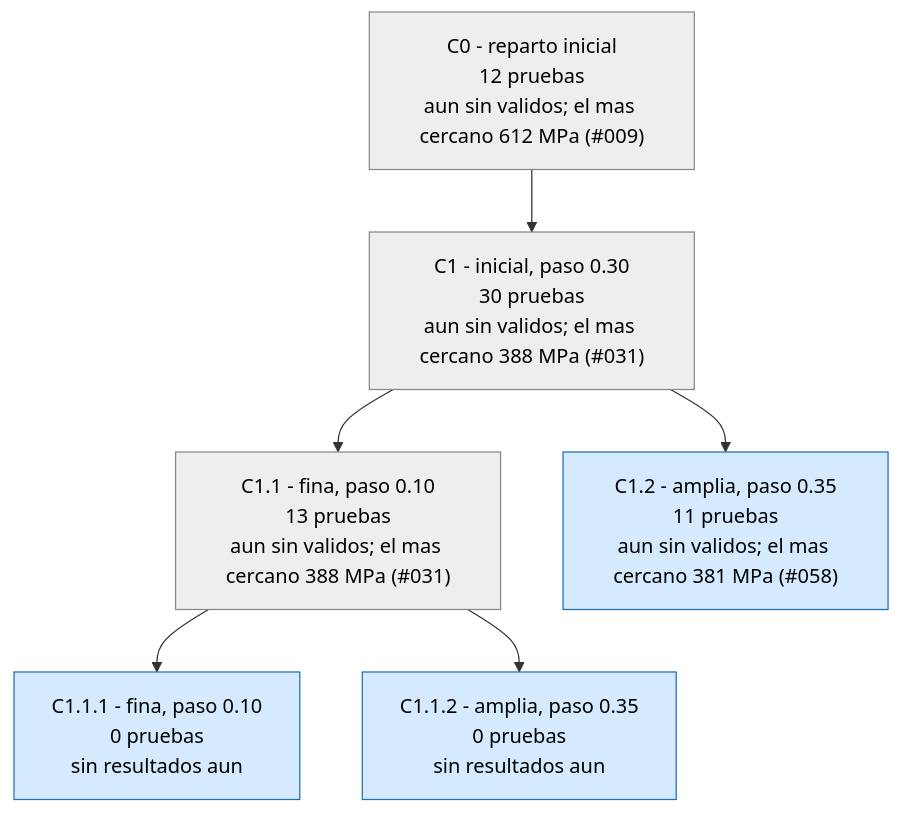
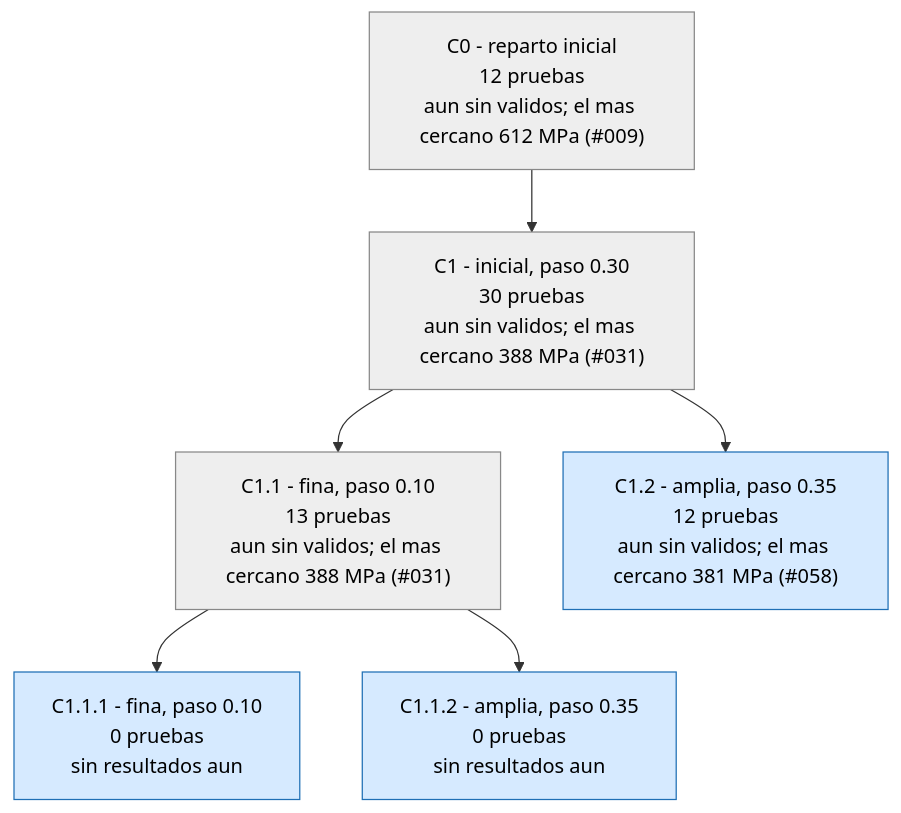
One commit to Hugiko/msd-soporte-optimizacion changed the third of 3 diagrams in runs/opt_37800N/ARBOL.md. Above: the diagram before and after it, drawn with Mermaid. The commit also changed 14 other files, not shown here.

````diff
--- a/runs/opt_37800N/ARBOL.md
+++ b/runs/opt_37800N/ARBOL.md
@@ -71,17 +71,17 @@
 ```mermaid
 graph TD
 classDef activa fill:#d6eaff,stroke:#1f6fb5,color:#000
 classDef fin fill:#eeeeee,stroke:#888,color:#000
 classDef mejor fill:#c8f0c0,stroke:#1a9850,stroke-width:4px,color:#000
 C0["C0 - reparto inicial<br/>12 pruebas<br/>aun sin validos; el mas cercano 612 MPa (#009)"]:::fin
 C1["C1 - inicial, paso 0.30<br/>30 pruebas<br/>aun sin validos; el mas cercano 388 MPa (#031)"]:::fin
 C0 --> C1
 C1_1["C1.1 - fina, paso 0.10<br/>13 pruebas<br/>aun sin validos; el mas cercano 388 MPa (#031)"]:::fin
 C1 --> C1_1
-C1_2["C1.2 - amplia, paso 0.35<br/>11 pruebas<br/>aun sin validos; el mas cercano 381 MPa (#058)"]:::activa
+C1_2["C1.2 - amplia, paso 0.35<br/>12 pruebas<br/>aun sin validos; el mas cercano 381 MPa (#058)"]:::activa
 C1 --> C1_2
 C1_1_1["C1.1.1 - fina, paso 0.10<br/>0 pruebas<br/>sin resultados aun"]:::activa
 C1_1 --> C1_1_1
 C1_1_2["C1.1.2 - amplia, paso 0.35<br/>0 pruebas<br/>sin resultados aun"]:::activa
 C1_1 --> C1_1_2
 ```
````
